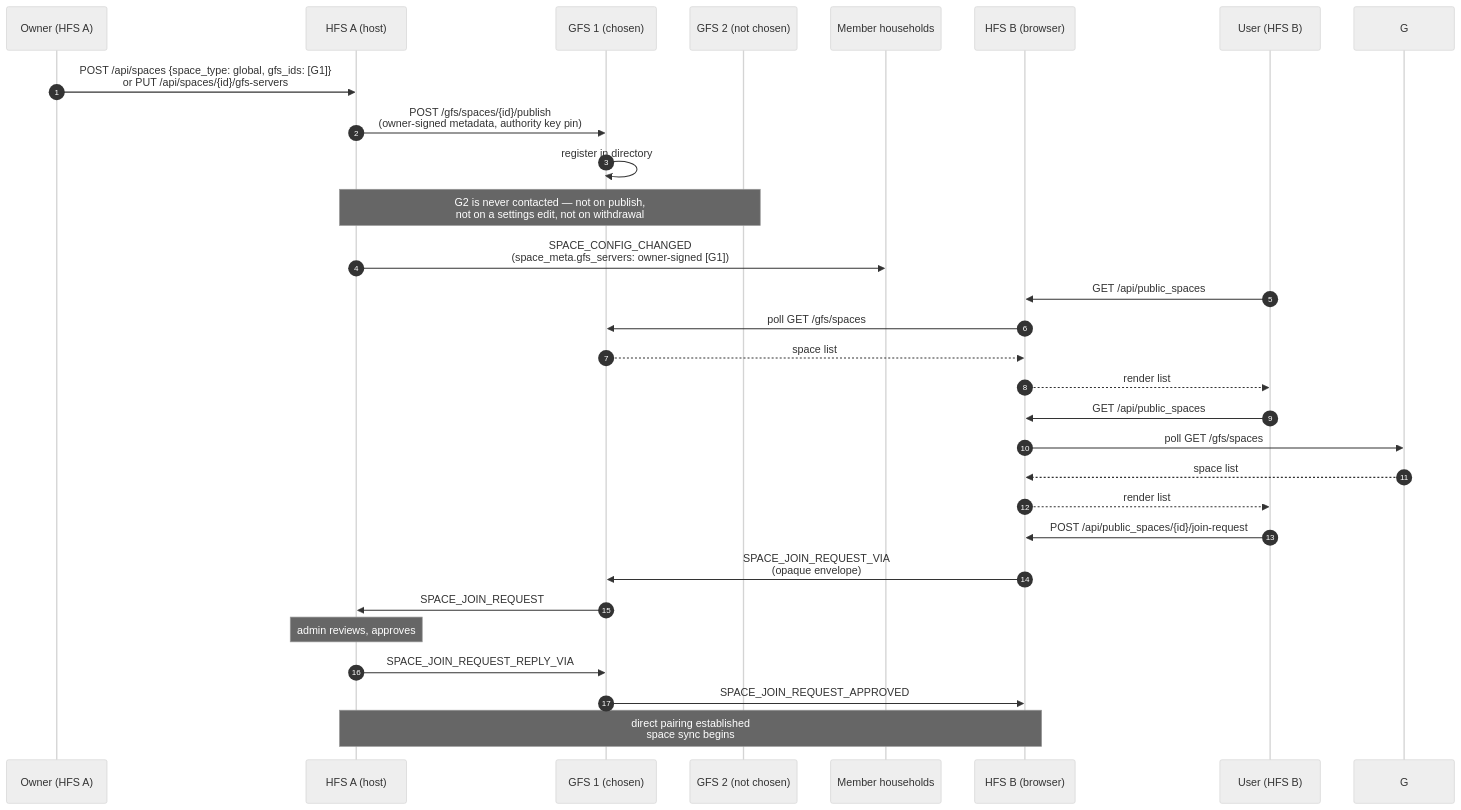
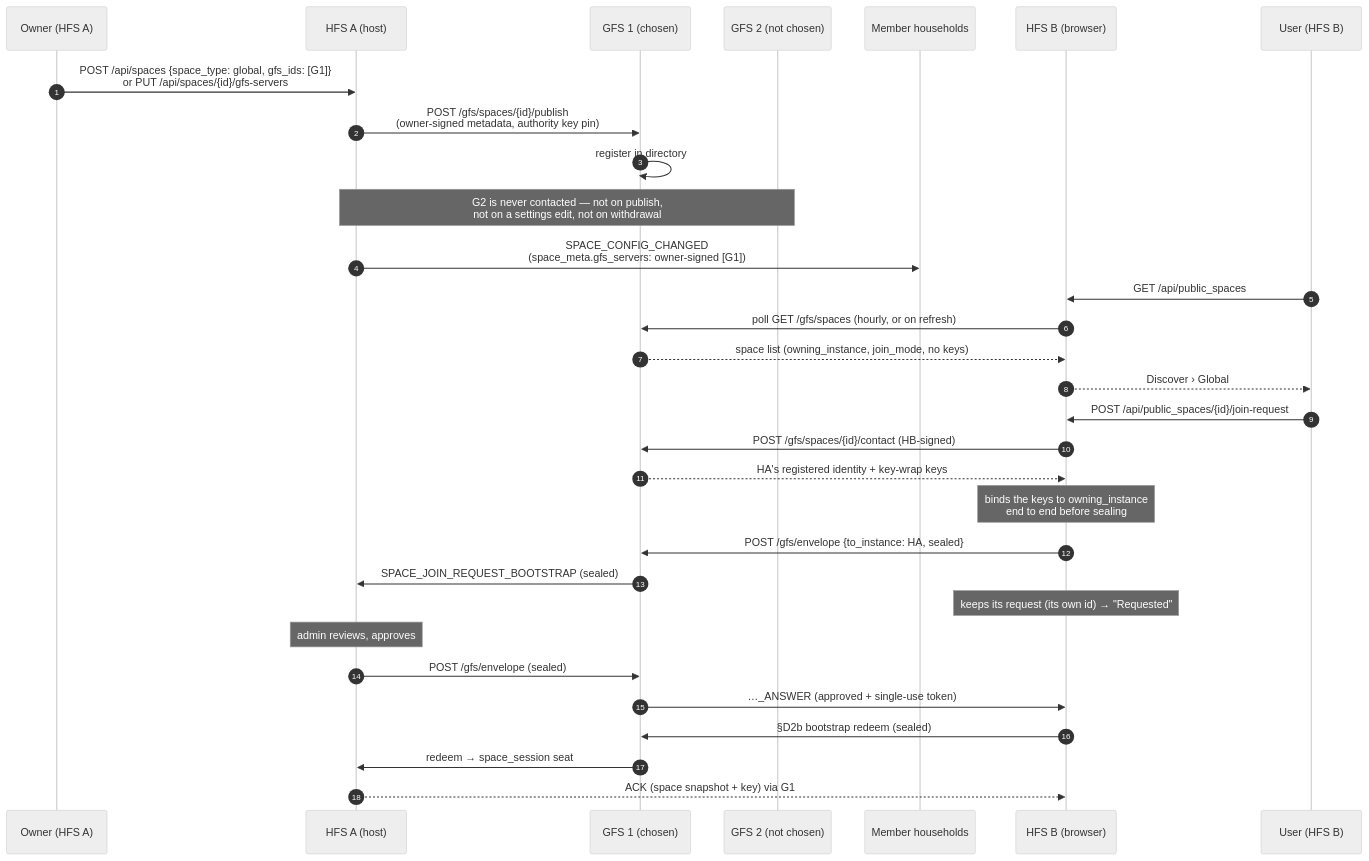
Diagram 15 of 15 in docs/protocol/discovery.md (social-home-io/socialhome), drawn with Mermaid (neutral theme) before and after one commit. The commit also changed other lines of this file and 43 other files, not shown here.

First line of the commit message:
Households on the same GFS can ask to join a global space without pairing

````diff
--- a/docs/protocol/discovery.md
+++ b/docs/protocol/discovery.md
@@ -3986,31 +3991,33 @@
 ```mermaid
 sequenceDiagram
     autonumber
     participant O as Owner (HFS A)
     participant HA as HFS A (host)
     participant G1 as GFS 1 (chosen)
     participant G2 as GFS 2 (not chosen)
     participant M as Member households
     participant HB as HFS B (browser)
     participant UB as User (HFS B)
     O->>HA: POST /api/spaces {space_type: global, gfs_ids: [G1]}<br/>or PUT /api/spaces/{id}/gfs-servers
     HA->>G1: POST /gfs/spaces/{id}/publish<br/>(owner-signed metadata, authority key pin)
     G1->>G1: register in directory
     Note over HA,G2: G2 is never contacted — not on publish,<br/>not on a settings edit, not on withdrawal
     HA->>M: SPACE_CONFIG_CHANGED<br/>(space_meta.gfs_servers: owner-signed [G1])
     UB->>HB: GET /api/public_spaces
-    HB->>G1: poll GET /gfs/spaces
-    G1-->>HB: space list
-    HB-->>UB: render list
-    UB->>HB: GET /api/public_spaces
-    HB->>G: poll GET /gfs/spaces
-    G-->>HB: space list
-    HB-->>UB: render list
+    HB->>G1: poll GET /gfs/spaces (hourly, or on refresh)
+    G1-->>HB: space list (owning_instance, join_mode, no keys)
+    HB-->>UB: Discover › Global
     UB->>HB: POST /api/public_spaces/{id}/join-request
-    HB->>G1: SPACE_JOIN_REQUEST_VIA<br/>(opaque envelope)
-    G1->>HA: SPACE_JOIN_REQUEST
+    HB->>G1: POST /gfs/spaces/{id}/contact (HB-signed)
+    G1-->>HB: HA's registered identity + key-wrap keys
+    Note over HB: binds the keys to owning_instance<br/>end to end before sealing
+    HB->>G1: POST /gfs/envelope {to_instance: HA, sealed}
+    G1->>HA: SPACE_JOIN_REQUEST_BOOTSTRAP (sealed)
+    Note over HB: keeps its request (its own id) → "Requested"
     Note over HA: admin reviews, approves
-    HA->>G1: SPACE_JOIN_REQUEST_REPLY_VIA
-    G1->>HB: SPACE_JOIN_REQUEST_APPROVED
-    Note over HA,HB: direct pairing established<br/>space sync begins
+    HA->>G1: POST /gfs/envelope (sealed)
+    G1->>HB: …_ANSWER (approved + single-use token)
+    HB->>G1: §D2b bootstrap redeem (sealed)
+    G1->>HA: redeem → space_session seat
+    HA-->>HB: ACK (space snapshot + key) via G1
 ```
````
